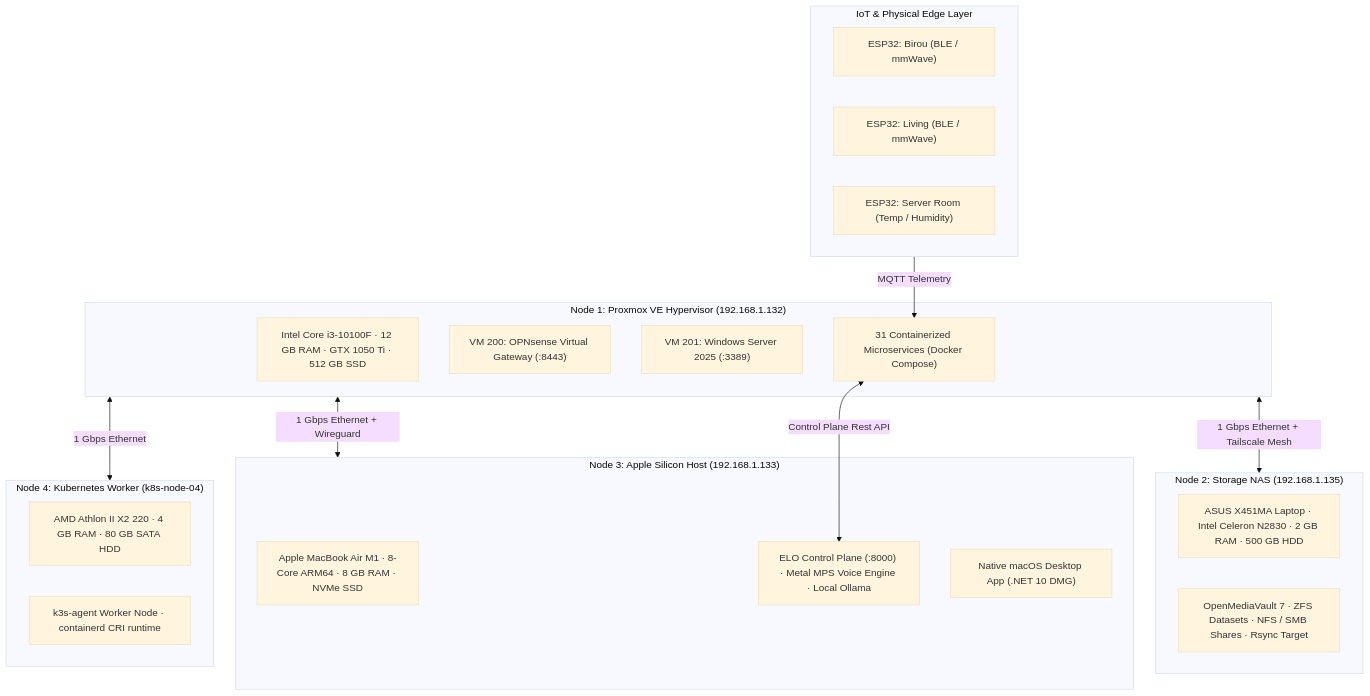
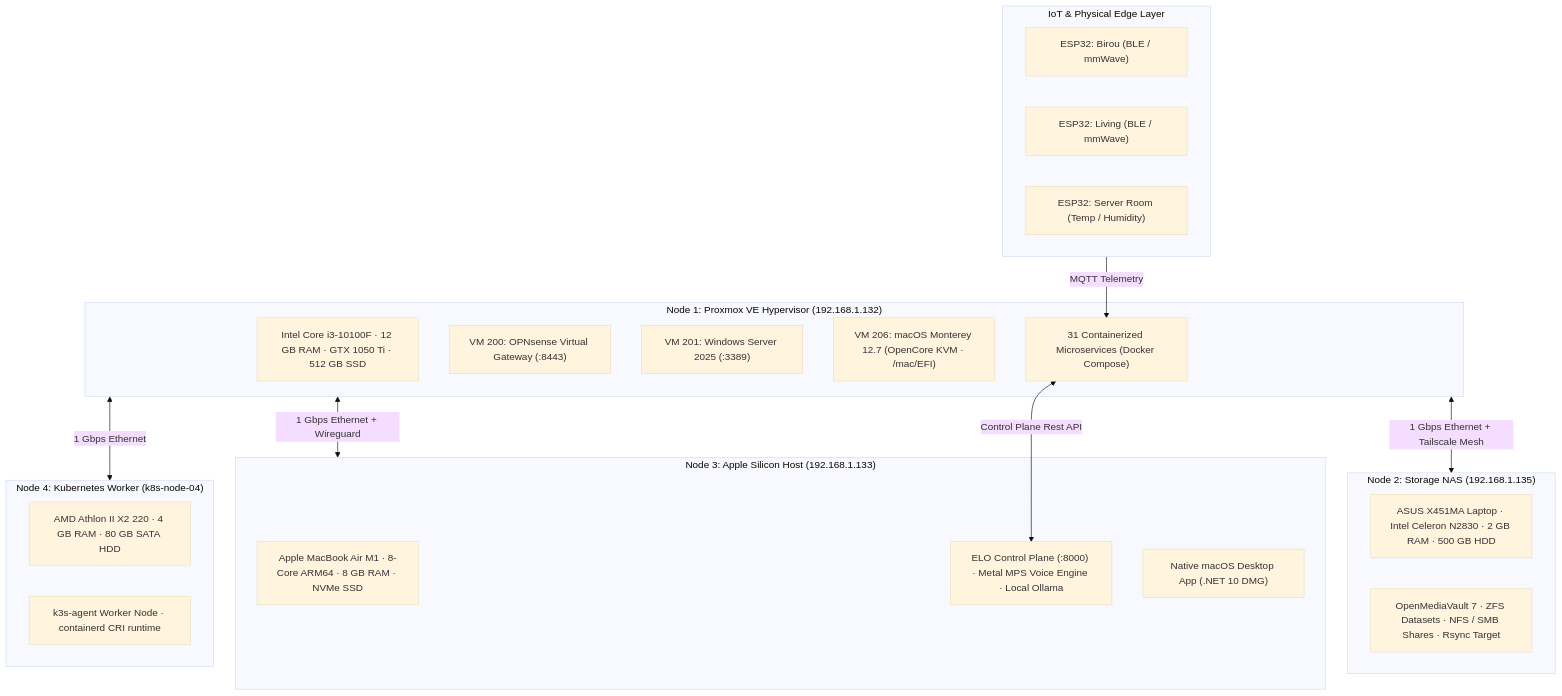
The first of 4 diagrams in ARCHITECTURE.md (stefanutc1/datacenter), drawn with Mermaid (base theme) before and after one commit. The commit also changed 11 other files, not shown here.

Commit message:
feat(mac): document OpenCore EFI in repository architecture and web dashboard

````diff
--- a/ARCHITECTURE.md
+++ b/ARCHITECTURE.md
@@ -20,37 +20,38 @@
 ```mermaid
 graph TB
     subgraph NODE1["Node 1: Proxmox VE Hypervisor (192.168.1.132)"]
         PVE_HW["Intel Core i3-10100F · 12 GB RAM · GTX 1050 Ti · 512 GB SSD"]
         VM200["VM 200: OPNsense Virtual Gateway (:8443)"]
         VM201["VM 201: Windows Server 2025 (:3389)"]
+        VM206["VM 206: macOS Monterey 12.7 (OpenCore KVM · /mac/EFI)"]
         LXC_STACK["31 Containerized Microservices (Docker Compose)"]
     end
 
     subgraph NODE2["Node 2: Storage NAS (192.168.1.135)"]
         OMV_HW["ASUS X451MA Laptop · Intel Celeron N2830 · 2 GB RAM · 500 GB HDD"]
         OMV_APP["OpenMediaVault 7 · ZFS Datasets · NFS / SMB Shares · Rsync Target"]
     end
 
     subgraph NODE3["Node 3: Apple Silicon Host (192.168.1.133)"]
         M1_HW["Apple MacBook Air M1 · 8-Core ARM64 · 8 GB RAM · NVMe SSD"]
         ELO_ENGINE["ELO Control Plane (:8000) · Metal MPS Voice Engine · Local Ollama"]
         MACOS_APP["Native macOS Desktop App (.NET 10 DMG)"]
     end
 
     subgraph NODE4["Node 4: Kubernetes Worker (k8s-node-04)"]
         K8S_HW["AMD Athlon II X2 220 · 4 GB RAM · 80 GB SATA HDD"]
         K3S_AGENT["k3s-agent Worker Node · containerd CRI runtime"]
     end
 
     subgraph EDGE["IoT & Physical Edge Layer"]
         ESP_OFFICE["ESP32: Birou (BLE / mmWave)"]
         ESP_LIVING["ESP32: Living (BLE / mmWave)"]
         ESP_SERVER["ESP32: Server Room (Temp / Humidity)"]
     end
 
     NODE1 <-->|"1 Gbps Ethernet + Tailscale Mesh"| NODE2
     NODE1 <-->|"1 Gbps Ethernet + Wireguard"| NODE3
     NODE1 <-->|"1 Gbps Ethernet"| NODE4
     EDGE -->|"MQTT Telemetry"| LXC_STACK
     LXC_STACK <-->|"Control Plane Rest API"| ELO_ENGINE
 ```
````
